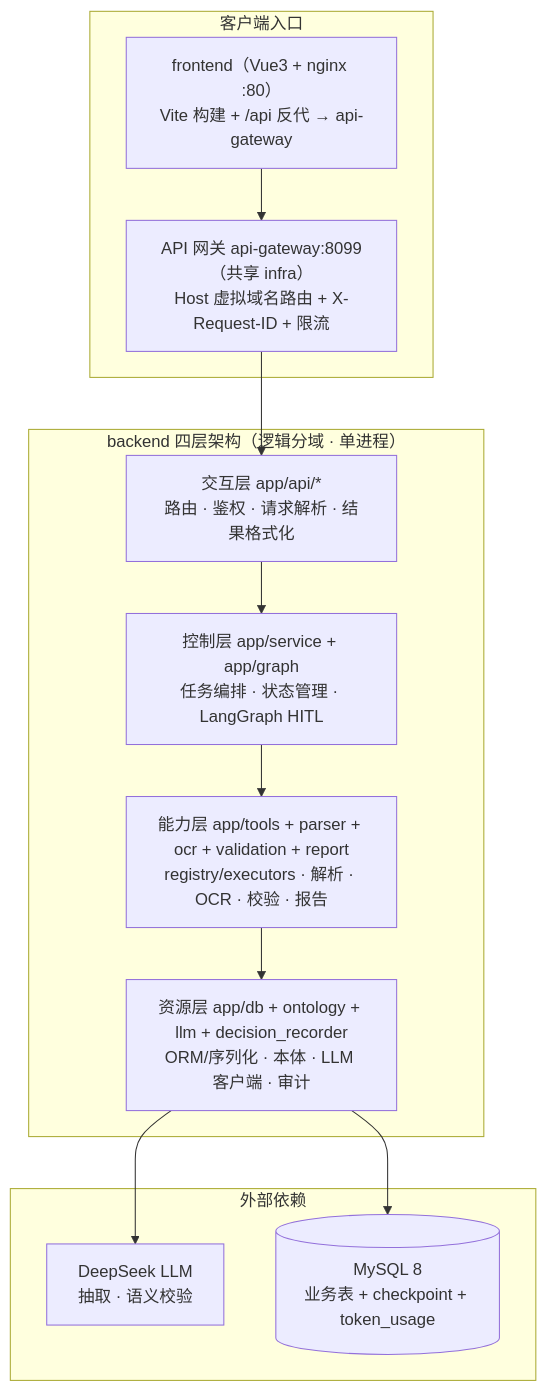
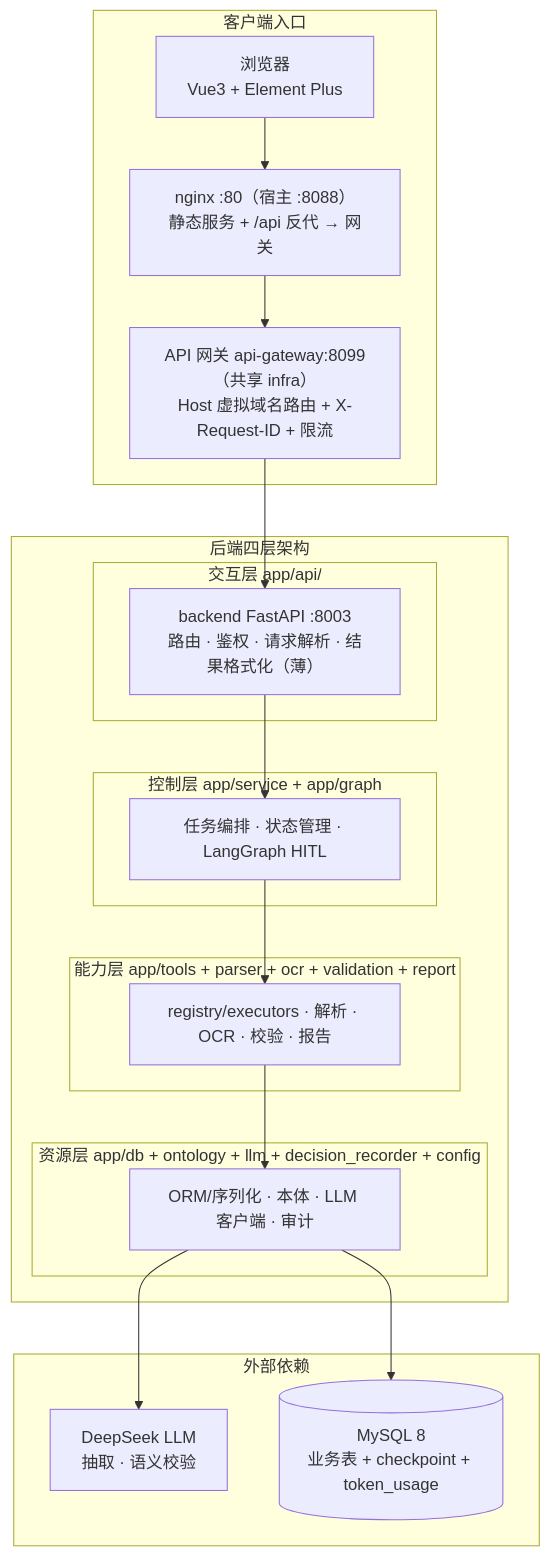
One commit to zhanggy1984/contract-check changed the diagram in README.md. Above: the diagram before and after it, drawn with Mermaid. The commit also changed other lines of this file, not shown here.

````diff
--- a/README.md
+++ b/README.md
@@ -57,25 +55,35 @@
 ```mermaid
 graph TB
-    subgraph "客户端入口"
-        FE["frontend（Vue3 + nginx :80）<br/>Vite 构建 + /api 反代 → api-gateway"]
+    subgraph 客户端入口
+        WEB["浏览器<br/>Vue3 + Element Plus"]
+        NGINX["nginx :80（宿主 :8088）<br/>静态服务 + /api 反代 → 网关"]
         GATEWAY["API 网关 api-gateway:8099（共享 infra）<br/>Host 虚拟域名路由 + X-Request-ID + 限流"]
     end
-    subgraph "backend 四层架构（逻辑分域 · 单进程）"
-        L1["交互层 app/api/*<br/>路由 · 鉴权 · 请求解析 · 结果格式化"]
-        L2["控制层 app/service + app/graph<br/>任务编排 · 状态管理 · LangGraph HITL"]
-        L3["能力层 app/tools + parser + ocr + validation + report<br/>registry/executors · 解析 · OCR · 校验 · 报告"]
-        L4["资源层 app/db + ontology + llm + decision_recorder<br/>ORM/序列化 · 本体 · LLM 客户端 · 审计"]
+    subgraph 后端四层架构
+        subgraph 交互层["交互层 app/api/"]
+            L1["backend FastAPI :8003<br/>路由 · 鉴权 · 请求解析 · 结果格式化（薄）"]
+        end
+        subgraph 控制层["控制层 app/service + app/graph"]
+            L2["任务编排 · 状态管理 · LangGraph HITL"]
+        end
+        subgraph 能力层["能力层 app/tools + parser + ocr + validation + report"]
+            L3["registry/executors · 解析 · OCR · 校验 · 报告"]
+        end
+        subgraph 资源层["资源层 app/db + ontology + llm + decision_recorder + config"]
+            L4["ORM/序列化 · 本体 · LLM 客户端 · 审计"]
+        end
     end
-    subgraph "外部依赖"
+    subgraph 外部依赖
         DS["DeepSeek LLM<br/>抽取 · 语义校验"]
         MYSQL[(MySQL 8<br/>业务表 + checkpoint + token_usage)]
     end
 
-    FE --> GATEWAY
+    WEB --> NGINX
+    NGINX --> GATEWAY
     GATEWAY --> L1
     L1 --> L2
     L2 --> L3
     L3 --> L4
     L4 --> MYSQL
     L4 --> DS
 ```
````
